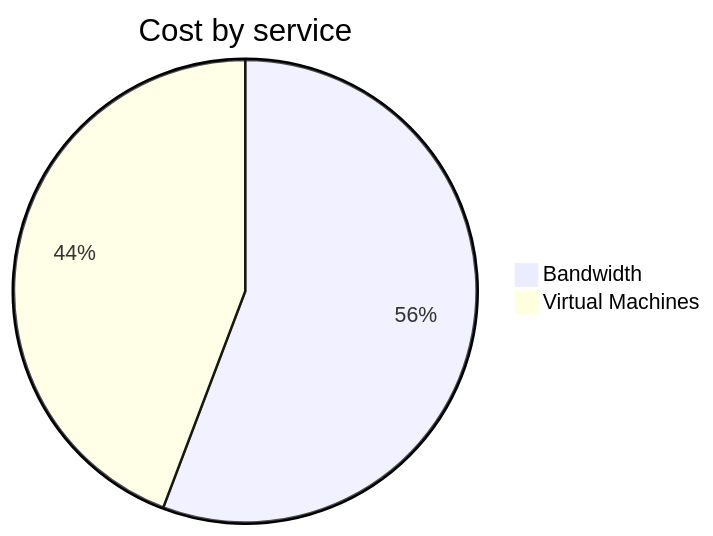
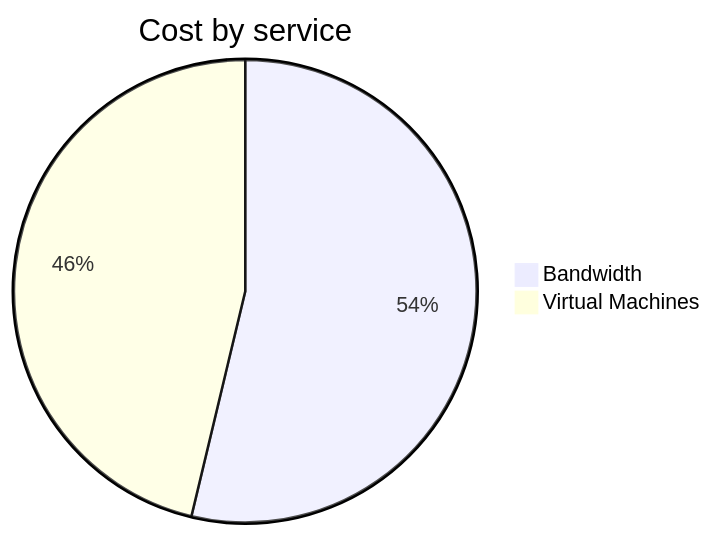
One commit to jpfulton/azure-personal-reports changed the second of 4 diagrams in cost-reports/personal-network/vpn-server.md. Above: the diagram before and after it, drawn with Mermaid. The commit also changed other lines of this file and 8 other files, not shown here.

````diff
--- a/cost-reports/personal-network/vpn-server.md
+++ b/cost-reports/personal-network/vpn-server.md
@@ -94,6 +94,6 @@
 ```mermaid
 pie
    title Cost by service
    "Bandwidth" : 2.66
-   "Virtual Machines" : 2.11
+   "Virtual Machines" : 2.29
 ```
````
